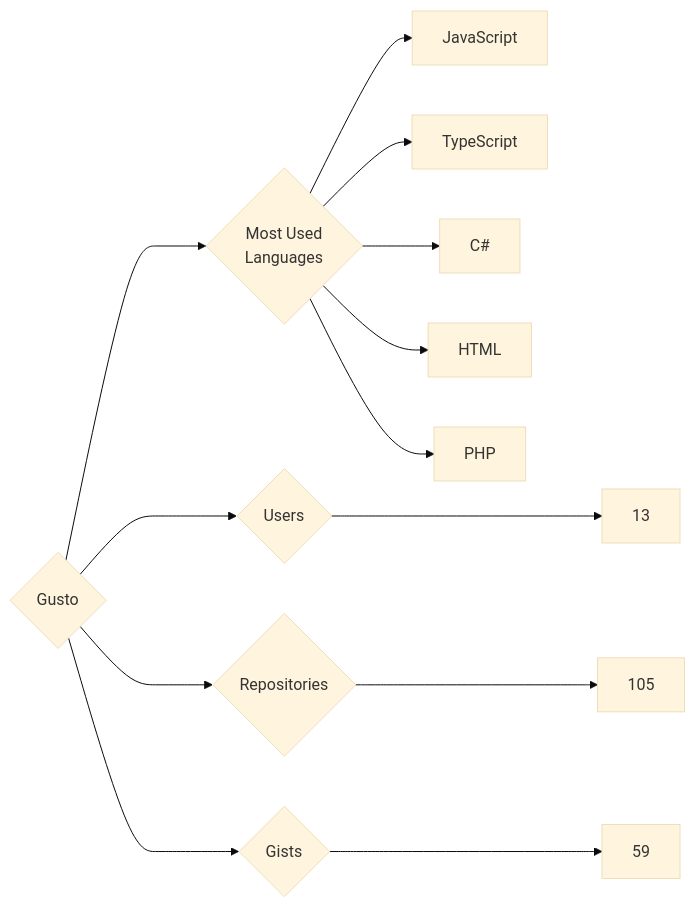
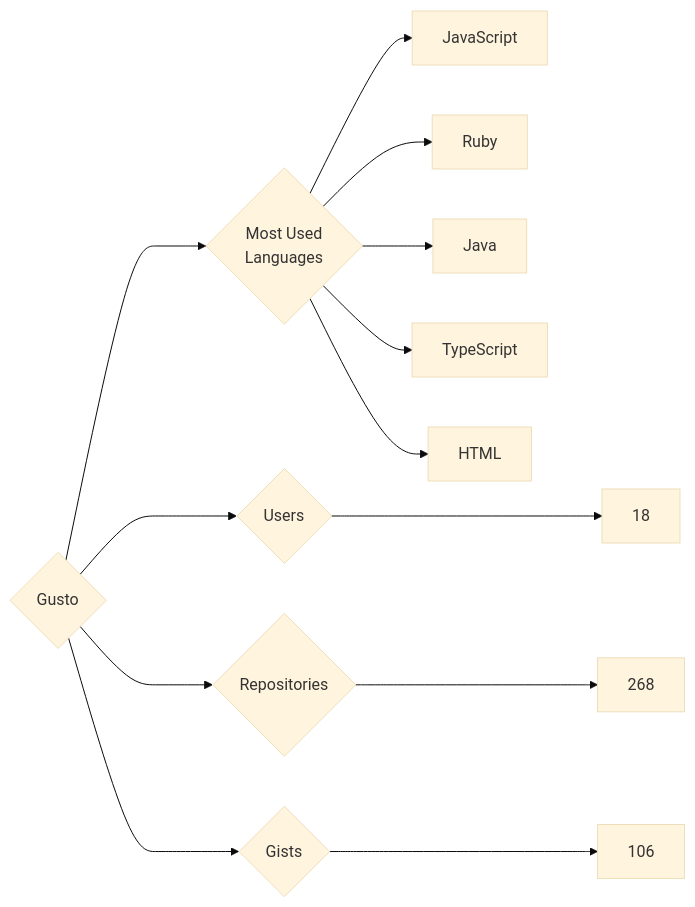
Before and after one commit to trickest/insiders: the diagram in targets/Gusto/README.md, drawn with Mermaid (base theme). The commit also changed 953 other files, not shown here.

````diff
--- a/targets/Gusto/README.md
+++ b/targets/Gusto/README.md
@@ -3,13 +3,13 @@
 ```mermaid
 graph LR
 COMPANY_NAME{Gusto}
-COMPANY_NAME ---> U{Users} ---> UN[13]
-COMPANY_NAME ---> R{Repositories} ---> RN[105]
-COMPANY_NAME ---> G{Gists} ---> GN[59]
+COMPANY_NAME ---> U{Users} ---> UN[18]
+COMPANY_NAME ---> R{Repositories} ---> RN[268]
+COMPANY_NAME ---> G{Gists} ---> GN[106]
 COMPANY_NAME ---> ML{Most Used<br>Languages}
 ML --> JavaScript[JavaScript]
+ML --> Ruby[Ruby]
+ML --> Java[Java]
 ML --> TypeScript[TypeScript]
-ML --> C#[C#]
 ML --> HTML[HTML]
-ML --> PHP[PHP]
 ```
````
